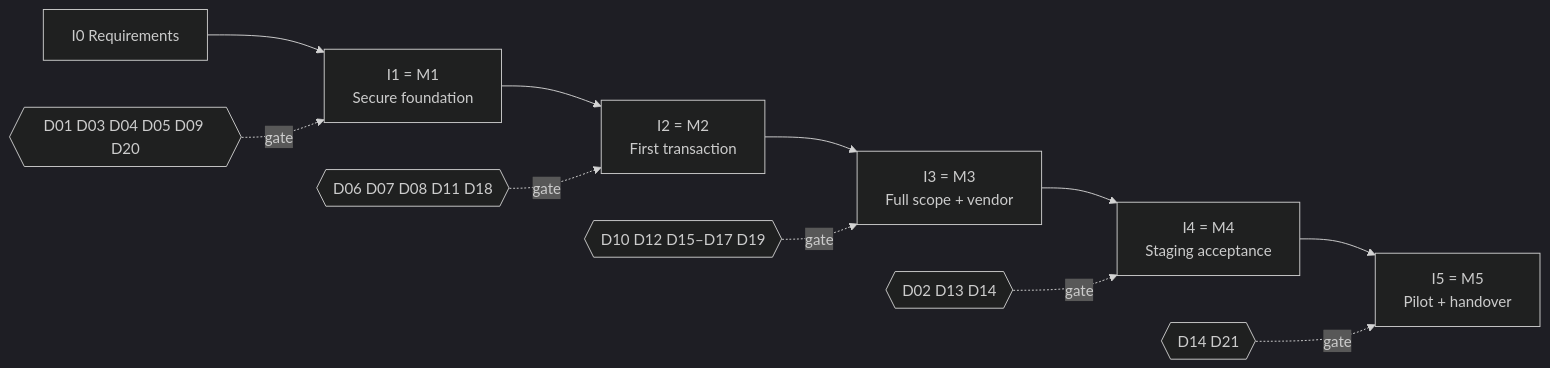
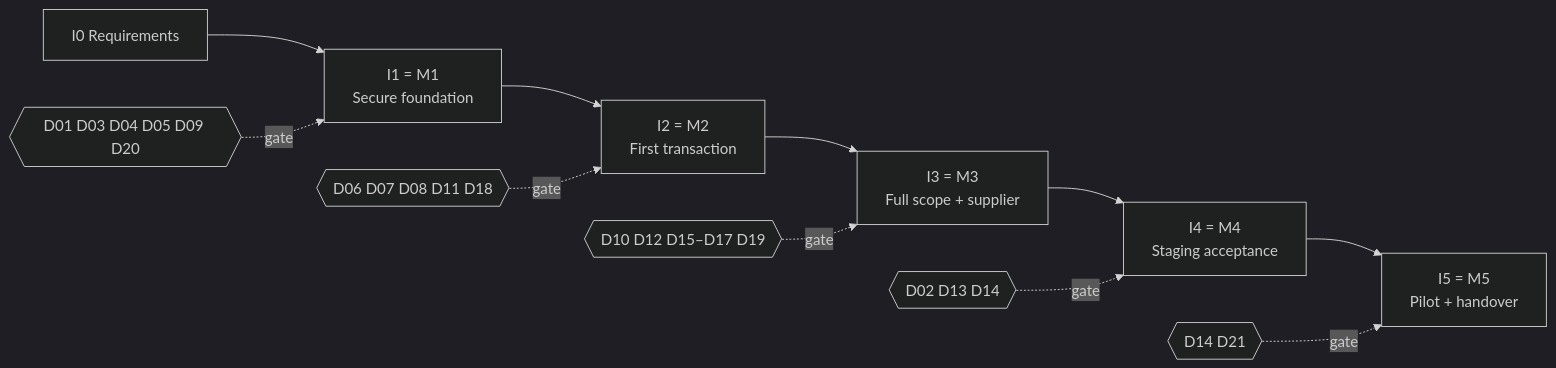
One commit to EnrieJohn31/BISU-Registrar changed the second of 2 diagrams in System_Plan/94-team-schedule-and-risks.md. Above: the diagram before and after it, drawn with Mermaid (dark theme). The commit also changed other lines of this file and 13 other files, not shown here.

Commit message:
docs: rename Registrar vendor module to supplier

````diff
--- a/System_Plan/94-team-schedule-and-risks.md
+++ b/System_Plan/94-team-schedule-and-risks.md
@@ -38,13 +38,13 @@
 ```mermaid
 flowchart LR
     I0[I0 Requirements] --> I1["I1 = M1<br/>Secure foundation"]
     I1 --> I2["I2 = M2<br/>First transaction"]
-    I2 --> I3["I3 = M3<br/>Full scope + vendor"]
+    I2 --> I3["I3 = M3<br/>Full scope + supplier"]
     I3 --> I4["I4 = M4<br/>Staging acceptance"]
     I4 --> I5["I5 = M5<br/>Pilot + handover"]
     G1{{"D01 D03 D04 D05 D09 D20"}} -. gate .-> I1
     G2{{"D06 D07 D08 D11 D18"}} -. gate .-> I2
     G3{{"D10 D12 D15–D17 D19"}} -. gate .-> I3
     G4{{"D02 D13 D14"}} -. gate .-> I4
     G5{{"D14 D21"}} -. gate .-> I5
 ```
````
